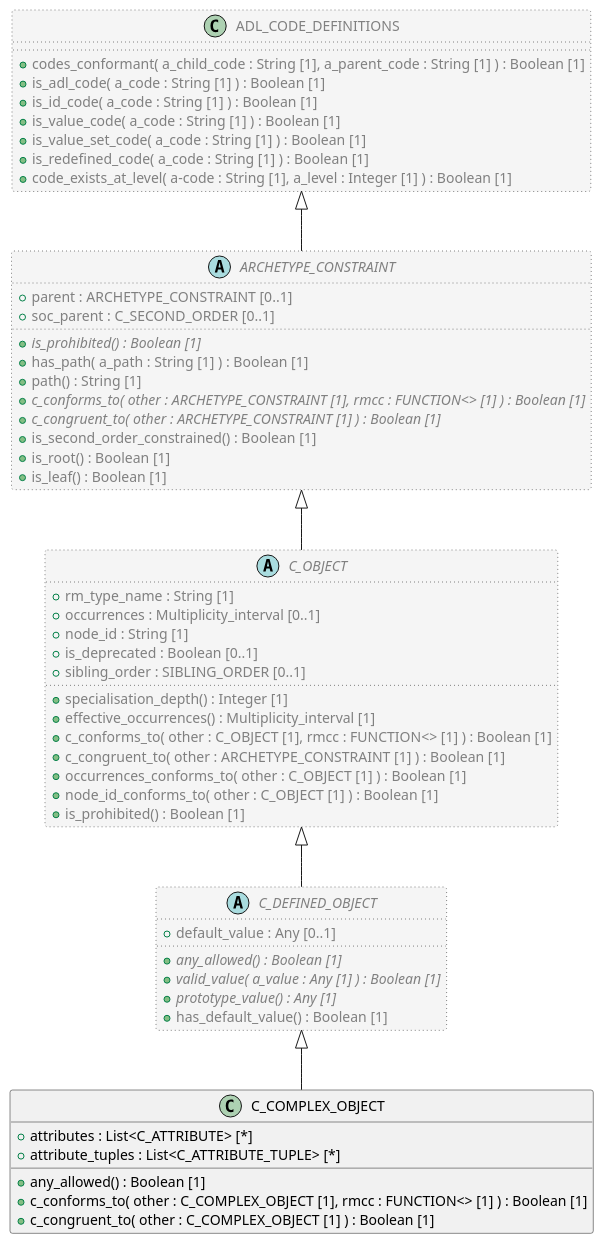
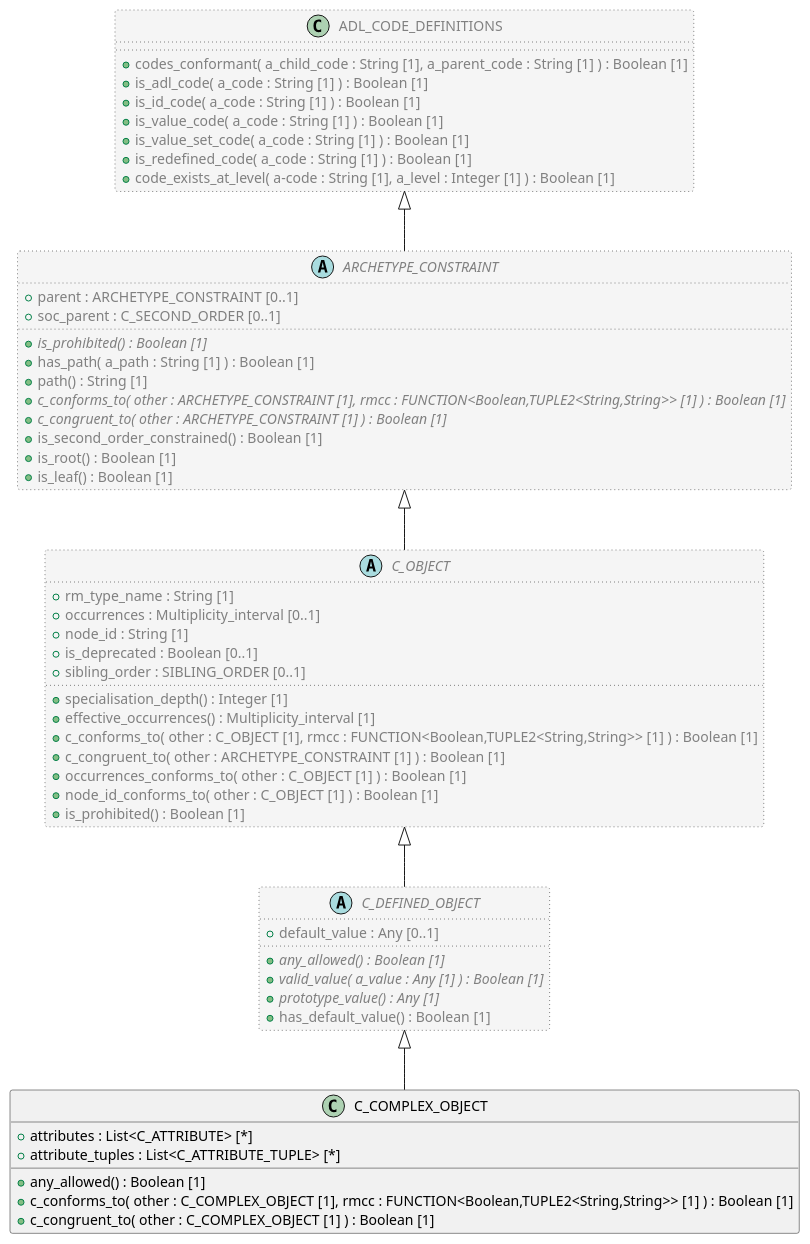
Before and after one commit to sebastian-iancu/code-generator: the diagram in code/Adoc/openehr_am_2.3.0/plantUML/classes/aom2.c_complex_object.adoc, drawn with PlantUML. The commit also changed 299 other files, not shown here.

```diff
--- a/code/Adoc/openehr_am_2.3.0/plantUML/classes/aom2.c_complex_object.adoc
+++ b/code/Adoc/openehr_am_2.3.0/plantUML/classes/aom2.c_complex_object.adoc
@@ -1,69 +1,69 @@
 [plantuml,C_COMPLEX_OBJECT,format=svg]
 -----
 @startuml
 
 class C_COMPLEX_OBJECT {
   + attributes : List<C_ATTRIBUTE> [*]
   + attribute_tuples : List<C_ATTRIBUTE_TUPLE> [*]
   + any_allowed() : Boolean [1]
-  + c_conforms_to( other : C_COMPLEX_OBJECT [1], rmcc : FUNCTION<> [1] ) : Boolean [1]
+  + c_conforms_to( other : C_COMPLEX_OBJECT [1], rmcc : FUNCTION<Boolean,TUPLE2<String,String>> [1] ) : Boolean [1]
   + c_congruent_to( other : C_COMPLEX_OBJECT [1] ) : Boolean [1]
 }
 
 abstract class C_DEFINED_OBJECT  #whitesmoke;line:gray;line.dotted;text:gray {
   + default_value : Any [0..1]
   + {abstract} any_allowed() : Boolean [1]
   + {abstract} valid_value( a_value : Any [1] ) : Boolean [1]
   + {abstract} prototype_value() : Any [1]
   + has_default_value() : Boolean [1]
 }
 
 abstract class C_OBJECT  #whitesmoke;line:gray;line.dotted;text:gray {
   + rm_type_name : String [1]
   + occurrences : Multiplicity_interval [0..1]
   + node_id : String [1]
   + is_deprecated : Boolean [0..1]
   + sibling_order : SIBLING_ORDER [0..1]
   + specialisation_depth() : Integer [1]
   + effective_occurrences() : Multiplicity_interval [1]
-  + c_conforms_to( other : C_OBJECT [1], rmcc : FUNCTION<> [1] ) : Boolean [1]
+  + c_conforms_to( other : C_OBJECT [1], rmcc : FUNCTION<Boolean,TUPLE2<String,String>> [1] ) : Boolean [1]
   + c_congruent_to( other : ARCHETYPE_CONSTRAINT [1] ) : Boolean [1]
   + occurrences_conforms_to( other : C_OBJECT [1] ) : Boolean [1]
   + node_id_conforms_to( other : C_OBJECT [1] ) : Boolean [1]
   + is_prohibited() : Boolean [1]
 }
 
 abstract class ARCHETYPE_CONSTRAINT  #whitesmoke;line:gray;line.dotted;text:gray {
   + parent : ARCHETYPE_CONSTRAINT [0..1]
   + soc_parent : C_SECOND_ORDER [0..1]
   + {abstract} is_prohibited() : Boolean [1]
   + has_path( a_path : String [1] ) : Boolean [1]
   + path() : String [1]
-  + {abstract} c_conforms_to( other : ARCHETYPE_CONSTRAINT [1], rmcc : FUNCTION<> [1] ) : Boolean [1]
+  + {abstract} c_conforms_to( other : ARCHETYPE_CONSTRAINT [1], rmcc : FUNCTION<Boolean,TUPLE2<String,String>> [1] ) : Boolean [1]
   + {abstract} c_congruent_to( other : ARCHETYPE_CONSTRAINT [1] ) : Boolean [1]
   + is_second_order_constrained() : Boolean [1]
   + is_root() : Boolean [1]
   + is_leaf() : Boolean [1]
 }
 
 class ADL_CODE_DEFINITIONS  #whitesmoke;line:gray;line.dotted;text:gray {
   + codes_conformant( a_child_code : String [1], a_parent_code : String [1] ) : Boolean [1]
   + is_adl_code( a_code : String [1] ) : Boolean [1]
   + is_id_code( a_code : String [1] ) : Boolean [1]
   + is_value_code( a_code : String [1] ) : Boolean [1]
   + is_value_set_code( a_code : String [1] ) : Boolean [1]
   + is_redefined_code( a_code : String [1] ) : Boolean [1]
   + code_exists_at_level( a-code : String [1], a_level : Integer [1] ) : Boolean [1]
 }
 
 ADL_CODE_DEFINITIONS <|-- ARCHETYPE_CONSTRAINT
 
 ARCHETYPE_CONSTRAINT <|-- C_OBJECT
 
 C_OBJECT <|-- C_DEFINED_OBJECT
 
 C_DEFINED_OBJECT <|-- C_COMPLEX_OBJECT
 
 
 @enduml
 -----
```
